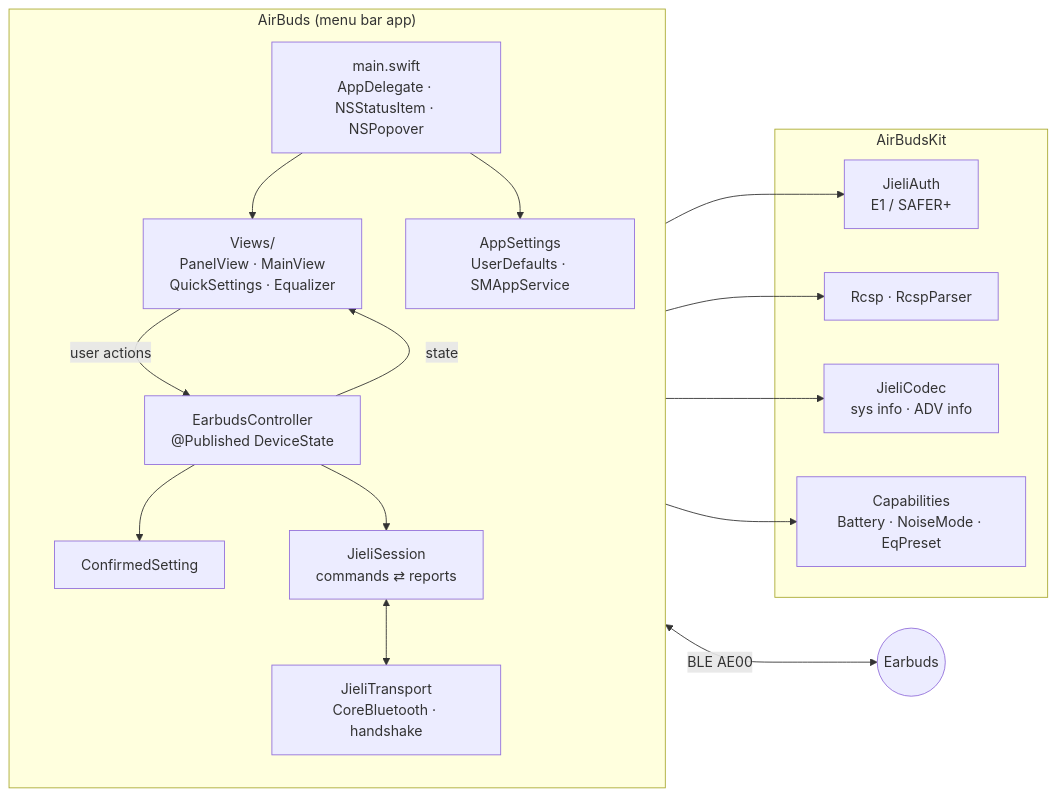
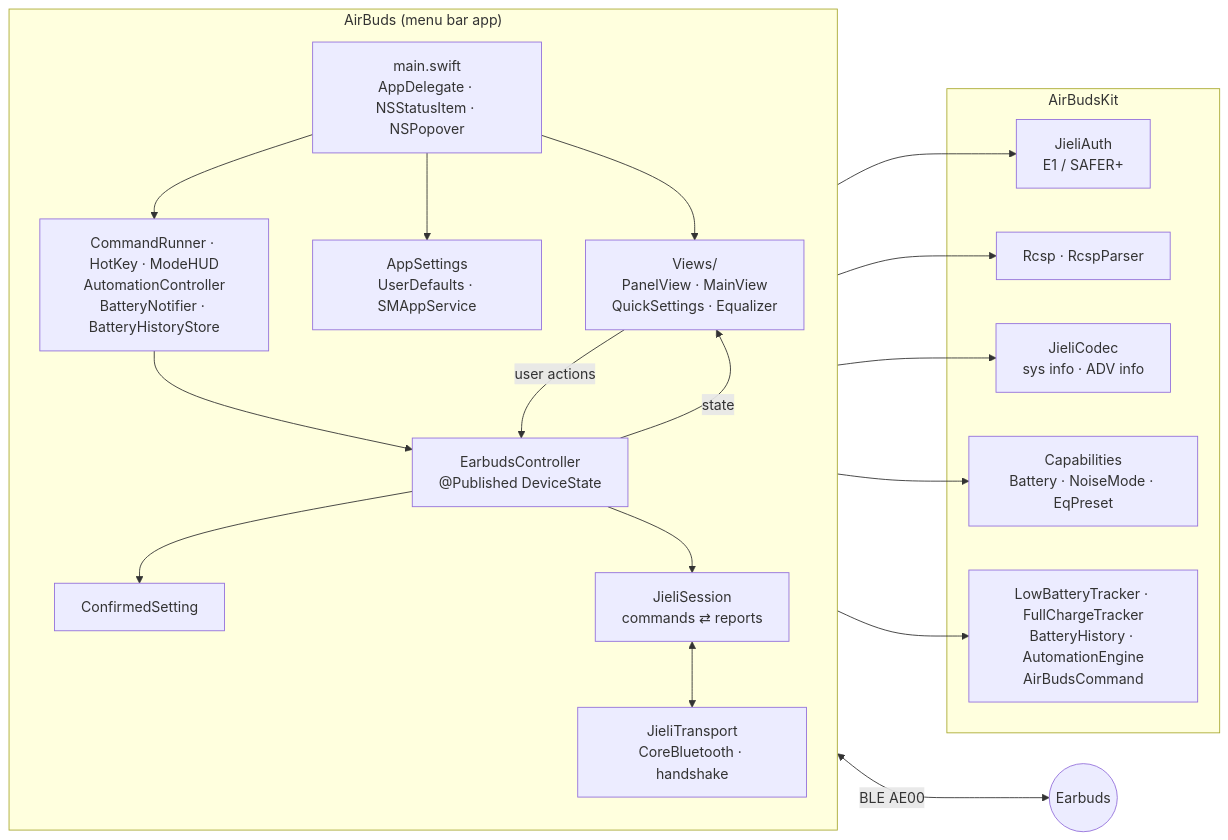
One commit to abdullahmia/airbuds changed the first of 4 diagrams in docs/ARCHITECTURE.md. Above: the diagram before and after it, drawn with Mermaid. The commit also changed other lines of this file and 42 other files, not shown here.

````diff
--- a/docs/ARCHITECTURE.md
+++ b/docs/ARCHITECTURE.md
@@ -17,33 +17,38 @@
 ```mermaid
 flowchart LR
     subgraph App["AirBuds (menu bar app)"]
         direction TB
         Main["main.swift<br/>AppDelegate · NSStatusItem · NSPopover"]
         Views["Views/<br/>PanelView · MainView<br/>QuickSettings · Equalizer"]
         Controller["EarbudsController<br/>@Published DeviceState"]
         Confirm["ConfirmedSetting"]
         Session["JieliSession<br/>commands ⇄ reports"]
         Transport["JieliTransport<br/>CoreBluetooth · handshake"]
         Settings["AppSettings<br/>UserDefaults · SMAppService"]
+        Extras["CommandRunner · HotKey · ModeHUD<br/>AutomationController<br/>BatteryNotifier · BatteryHistoryStore"]
     end
     subgraph Kit["AirBudsKit"]
         Auth["JieliAuth<br/>E1 / SAFER+"]
         Rcsp["Rcsp · RcspParser"]
         Codec["JieliCodec<br/>sys info · ADV info"]
         Models["Capabilities<br/>Battery · NoiseMode · EqPreset"]
+        Logic["LowBatteryTracker · FullChargeTracker<br/>BatteryHistory · AutomationEngine<br/>AirBudsCommand"]
     end
     Buds(("Earbuds"))
 
     Main --> Views
     Main --> Settings
+    Main --> Extras
+    Extras --> Controller
+    Extras --> Logic
     Views -- "user actions" --> Controller
     Controller -- "state" --> Views
     Controller --> Confirm
     Controller --> Session
     Controller --> Models
     Session --> Rcsp
     Session --> Codec
     Session <--> Transport
     Transport --> Auth
     Transport <-- "BLE AE00" --> Buds
 ```
````
